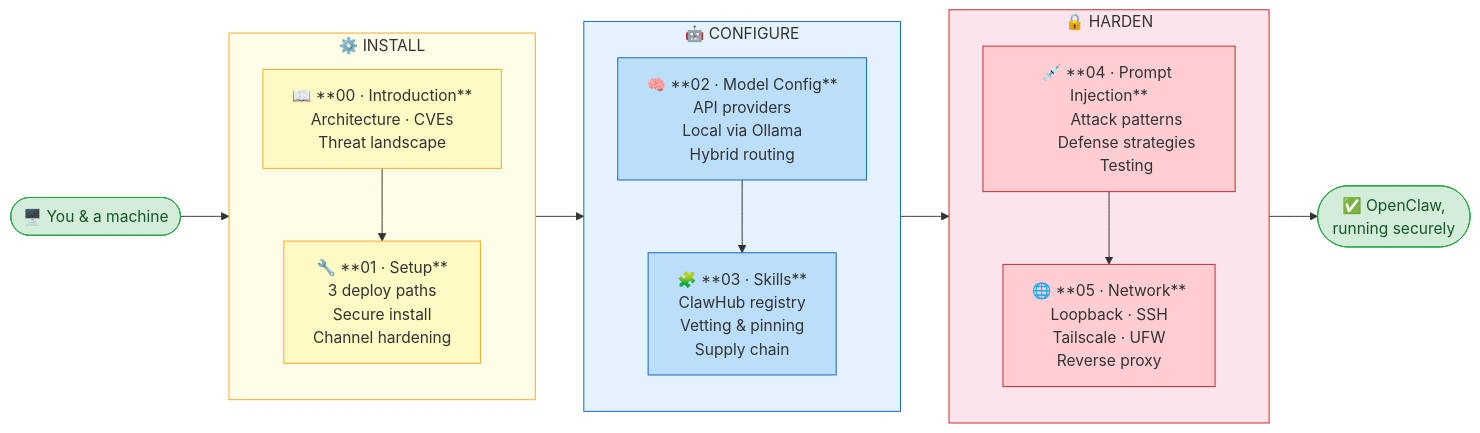
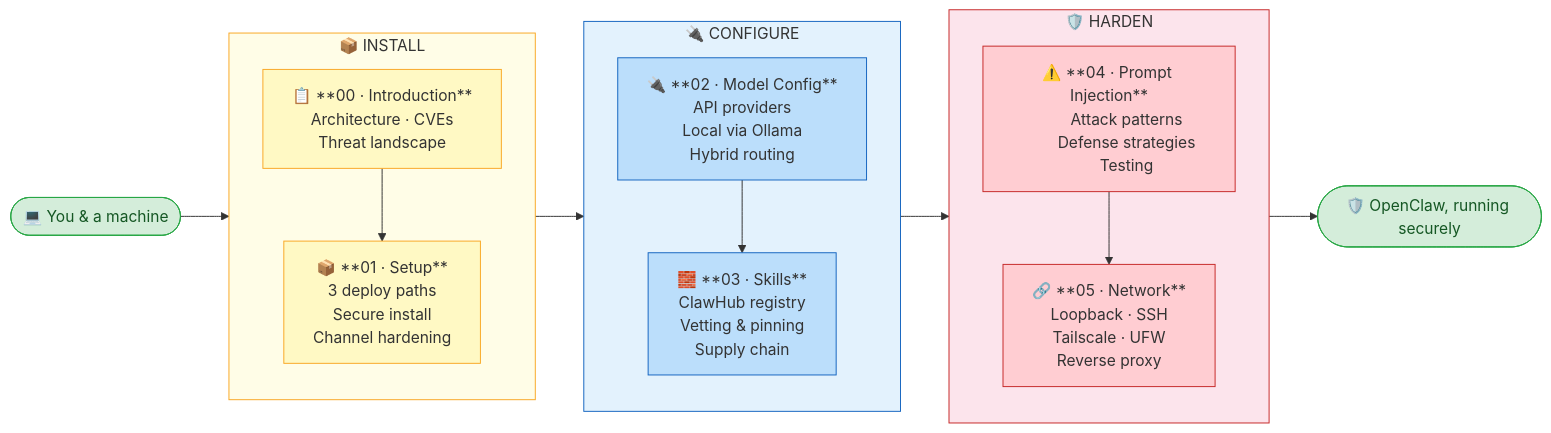
One commit to dlwhyte/openclaw-foundry changed the diagram in README.md. Above: the diagram before and after it, drawn with Mermaid. The commit also changed other lines of this file, not shown here.

Commit message:
Update README with new icons and formatting

````diff
--- a/README.md
+++ b/README.md
@@ -9,64 +9,61 @@
 ```mermaid
 flowchart LR
-    START(["🖥️ You &amp; a machine"])
+    START(["💻 You & a machine"])
 
-    subgraph INSTALL ["⚙️  INSTALL"]
+    subgraph INSTALL ["📦  INSTALL"]
         direction TB
-        M00["📖 **00 · Introduction**
+        M00["📋 **00 · Introduction**
         Architecture · CVEs
         Threat landscape"]
-        M01["🔧 **01 · Setup**
+        M01["📦 **01 · Setup**
         3 deploy paths
         Secure install
         Channel hardening"]
         M00 --> M01
     end
 
-    subgraph CONFIGURE ["🤖  CONFIGURE"]
+    subgraph CONFIGURE ["🔌  CONFIGURE"]
         direction TB
-        M02["🧠 **02 · Model Config**
+        M02["🔌 **02 · Model Config**
         API providers
         Local via Ollama
         Hybrid routing"]
-        M03["🧩 **03 · Skills**
+        M03["🧱 **03 · Skills**
         ClawHub registry
-        Vetting &amp; pinning
+        Vetting & pinning
         Supply chain"]
         M02 --> M03
     end
 
-    subgraph HARDEN ["🔒  HARDEN"]
+    subgraph HARDEN ["🛡️  HARDEN"]
         direction TB
-        M04["💉 **04 · Prompt Injection**
+        M04["⚠️ **04 · Prompt Injection**
         Attack patterns
         Defense strategies
         Testing"]
-        M05["🌐 **05 · Network**
+        M05["🔗 **05 · Network**
         Loopback · SSH
         Tailscale · UFW
         Reverse proxy"]
         M04 --> M05
     end
 
-    END(["✅ OpenClaw,
-    running securely"])
+    END(["🛡️ OpenClaw, running securely"])
 
     START --> INSTALL
     INSTALL --> CONFIGURE
     CONFIGURE --> HARDEN
     HARDEN --> END
 
     style START fill:#d4edda,stroke:#28a745,color:#155724
-    style END   fill:#d4edda,stroke:#28a745,color:#155724
-
-    style INSTALL   fill:#fffde7,stroke:#f9a825
+    style END fill:#d4edda,stroke:#28a745,color:#155724
+    style INSTALL fill:#fffde7,stroke:#f9a825
     style CONFIGURE fill:#e3f2fd,stroke:#1565c0
-    style HARDEN    fill:#fce4ec,stroke:#c62828
-
+    style HARDEN fill:#fce4ec,stroke:#c62828
     style M00 fill:#fff9c4,stroke:#f9a825,color:#333
     style M01 fill:#fff9c4,stroke:#f9a825,color:#333
     style M02 fill:#bbdefb,stroke:#1565c0,color:#333
     style M03 fill:#bbdefb,stroke:#1565c0,color:#333
     style M04 fill:#ffcdd2,stroke:#c62828,color:#333
     style M05 fill:#ffcdd2,stroke:#c62828,color:#333
 ```
````
